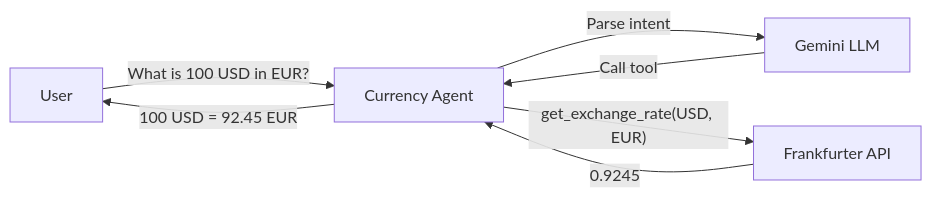
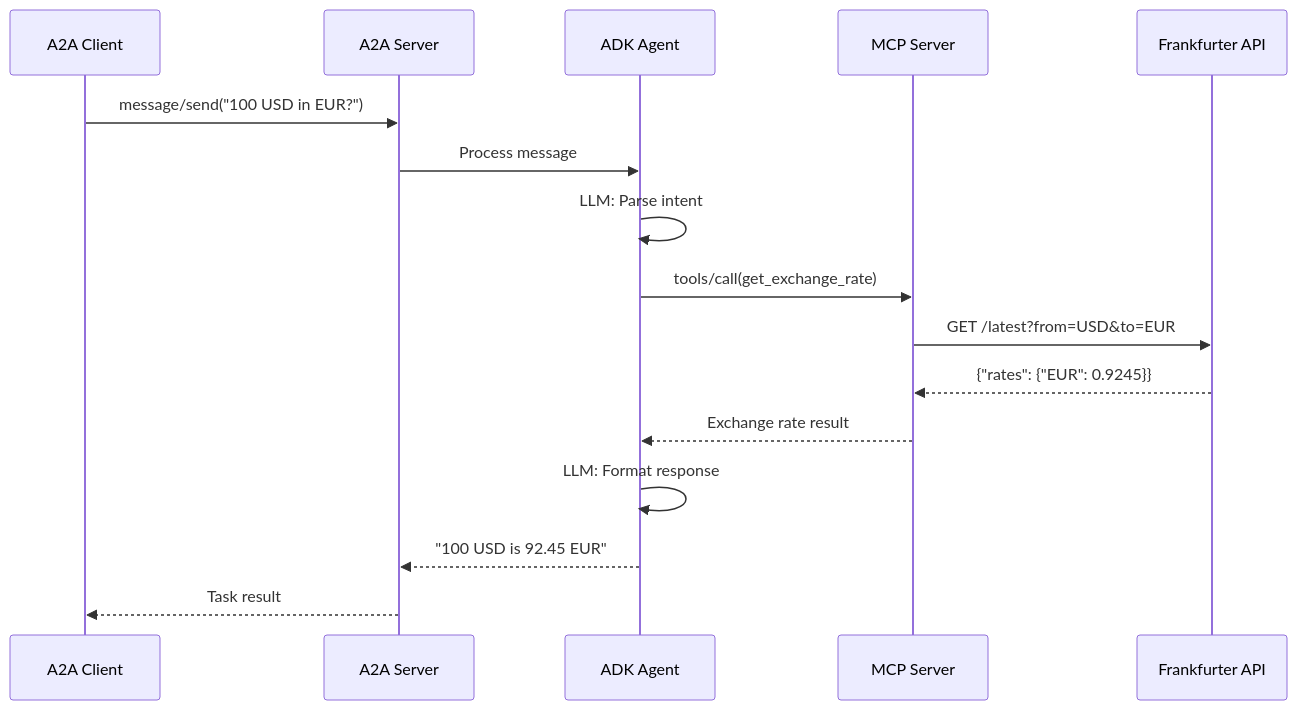
One commit to rrbanda/agent-sandbox-ocp changed the diagram in docs/workshop/03-agent-developer/index.md. Above: the diagram before and after it, drawn with Mermaid. The commit also changed other lines of this file and 48 other files, not shown here.

````diff
--- a/docs/workshop/03-agent-developer/index.md
+++ b/docs/workshop/03-agent-developer/index.md
@@ -56,9 +116,19 @@
 ```mermaid
-flowchart LR
-    User["User"] -->|"What is 100 USD in EUR?"| Agent["Currency Agent"]
-    Agent -->|"Parse intent"| LLM["Gemini LLM"]
-    LLM -->|"Call tool"| Agent
-    Agent -->|"get_exchange_rate(USD, EUR)"| API["Frankfurter API"]
-    API -->|"0.9245"| Agent
-    Agent -->|"100 USD = 92.45 EUR"| User
+sequenceDiagram
+    participant Client as A2A Client
+    participant A2A as A2A Server
+    participant Agent as ADK Agent
+    participant MCP as MCP Server
+    participant API as Frankfurter API
+    
+    Client->>A2A: message/send("100 USD in EUR?")
+    A2A->>Agent: Process message
+    Agent->>Agent: LLM: Parse intent
+    Agent->>MCP: tools/call(get_exchange_rate)
+    MCP->>API: GET /latest?from=USD&to=EUR
+    API-->>MCP: {"rates": {"EUR": 0.9245}}
+    MCP-->>Agent: Exchange rate result
+    Agent->>Agent: LLM: Format response
+    Agent-->>A2A: "100 USD is 92.45 EUR"
+    A2A-->>Client: Task result
 ```
````
